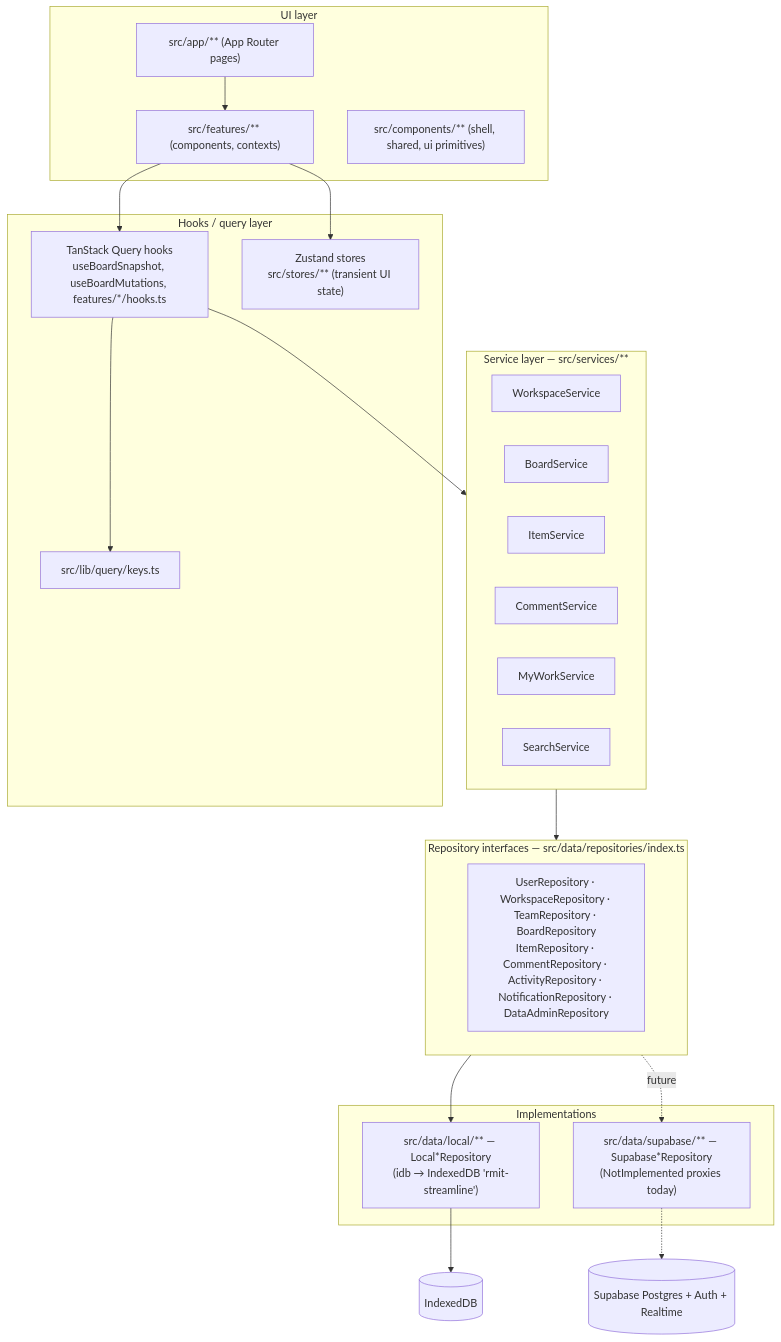
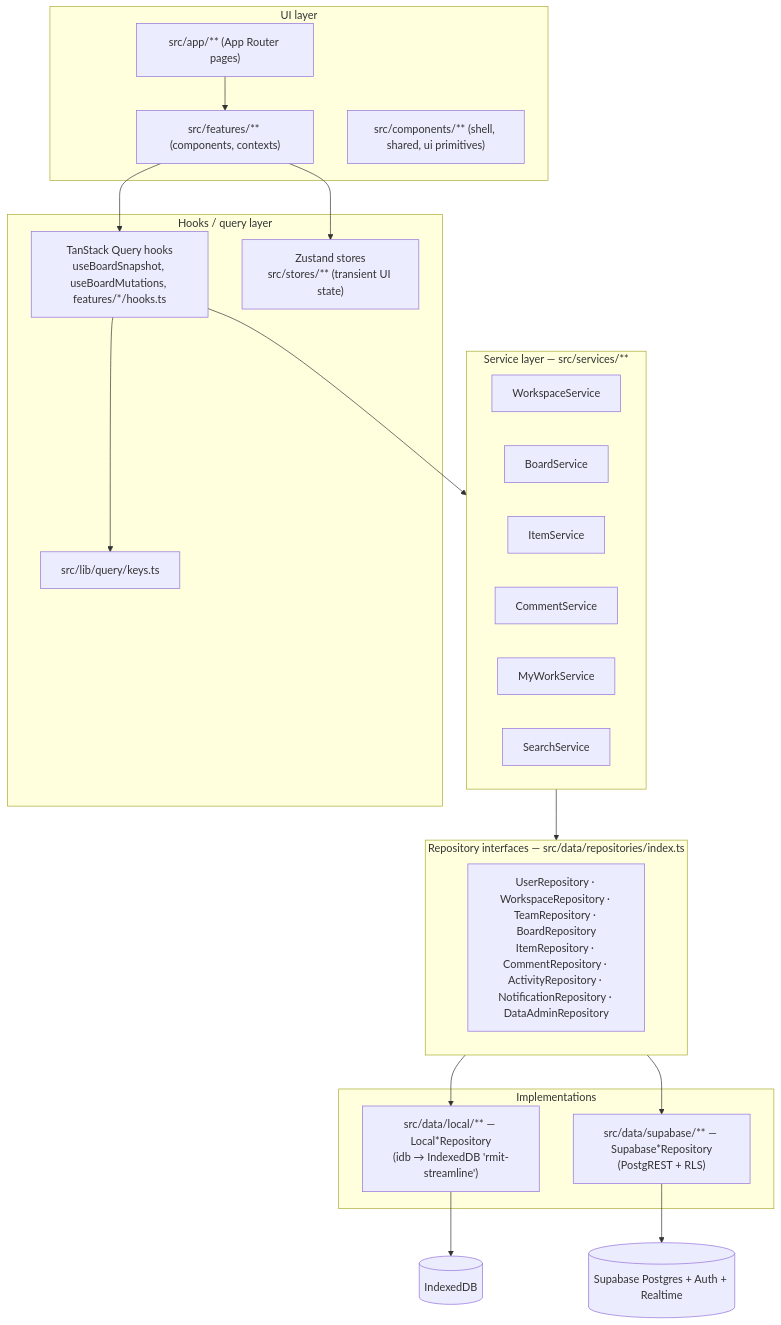
The first of 3 diagrams in README.md (westmere7/RMIT_Streamline), drawn with Mermaid before and after one commit. The commit also changed other lines of this file and 8 other files, not shown here.

````diff
--- a/README.md
+++ b/README.md
@@ -61,42 +76,42 @@
 ```mermaid
 flowchart TD
     subgraph UI["UI layer"]
         Routes["src/app/** (App Router pages)"]
         Features["src/features/** (components, contexts)"]
         Components["src/components/** (shell, shared, ui primitives)"]
     end
 
     subgraph Hooks["Hooks / query layer"]
         Query["TanStack Query hooks<br/>useBoardSnapshot, useBoardMutations, features/*/hooks.ts"]
         Keys["src/lib/query/keys.ts"]
         Stores["Zustand stores<br/>src/stores/** (transient UI state)"]
     end
 
     subgraph Services["Service layer — src/services/**"]
         WorkspaceService
         BoardService
         ItemService
         CommentService
         MyWorkService
         SearchService
     end
 
     subgraph Repos["Repository interfaces — src/data/repositories/index.ts"]
         R["UserRepository · WorkspaceRepository · TeamRepository · BoardRepository<br/>ItemRepository · CommentRepository · ActivityRepository · NotificationRepository · DataAdminRepository"]
     end
 
     subgraph Impl["Implementations"]
         Local["src/data/local/** — Local*Repository<br/>(idb → IndexedDB 'rmit-streamline')"]
-        Supa["src/data/supabase/** — Supabase*Repository<br/>(NotImplemented proxies today)"]
+        Supa["src/data/supabase/** — Supabase*Repository<br/>(PostgREST + RLS)"]
     end
 
     Routes --> Features --> Query
     Features --> Stores
     Query --> Keys
     Query --> Services
     Services --> Repos
     Repos --> Local
-    Repos -.future.-> Supa
+    Repos --> Supa
     Local --> IDB[("IndexedDB")]
-    Supa -.-> PG[("Supabase Postgres + Auth + Realtime")]
+    Supa --> PG[("Supabase Postgres + Auth + Realtime")]
 ```
````
